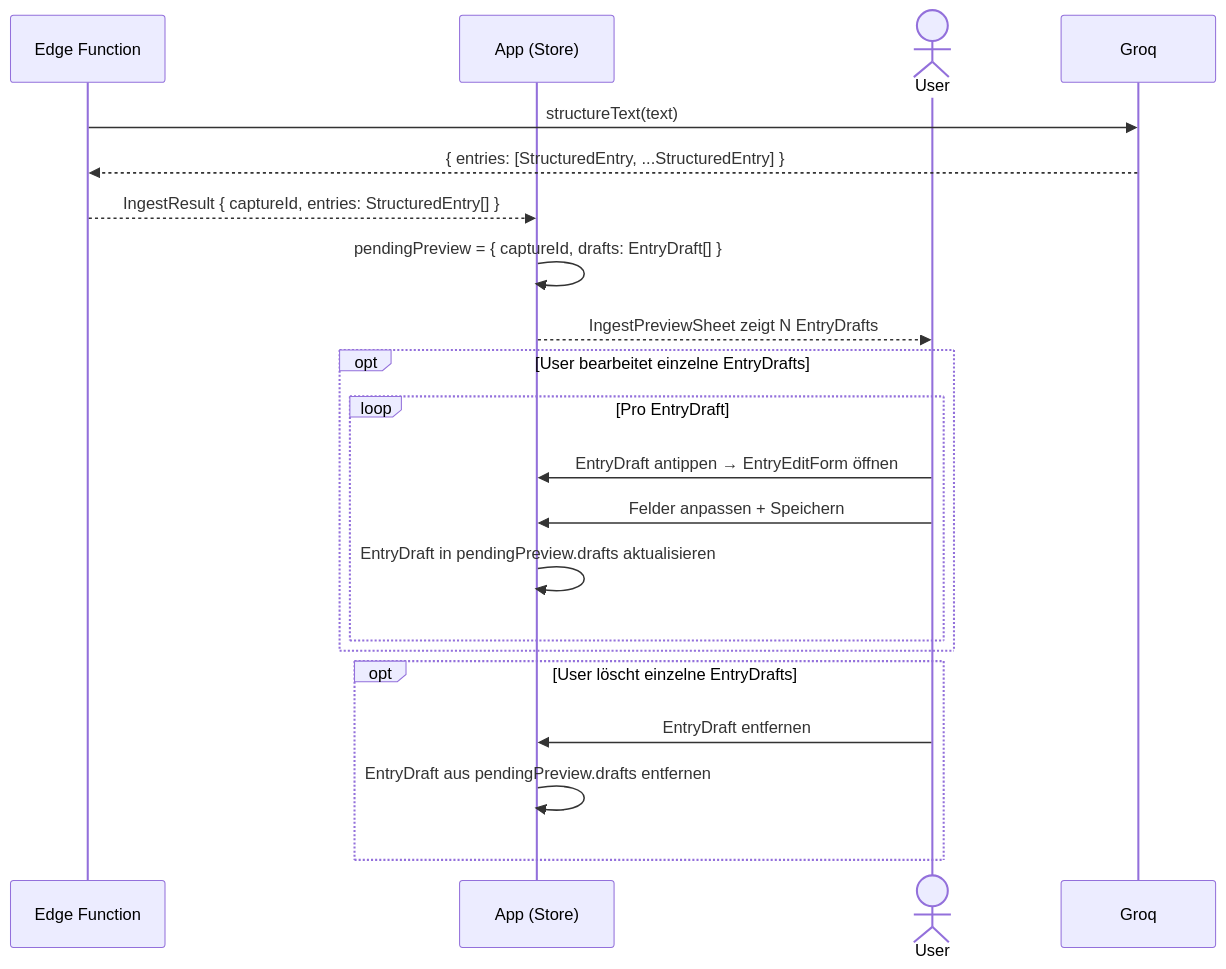
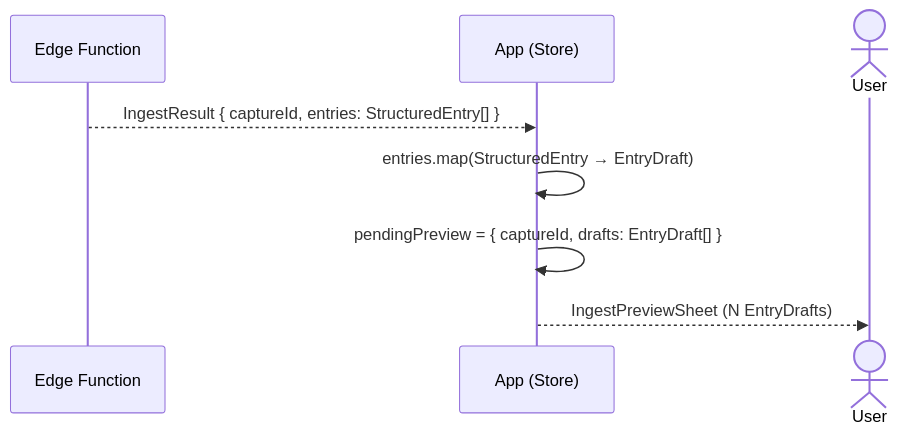
One commit to mrLevvis/braindump-pwa changed the diagram in docs/DIAGRAMS/dump-flow-b.md. Above: the diagram before and after it, drawn with Mermaid. The commit also changed other lines of this file and 1 other file, not shown here.

First line of the commit message:
docs(diagrams): A+B auf Overview-Scope eingegrenzt

````diff
--- a/docs/DIAGRAMS/dump-flow-b.md
+++ b/docs/DIAGRAMS/dump-flow-b.md
@@ -14,25 +10,11 @@
 ```mermaid
 sequenceDiagram
     participant EdgeFn as Edge Function
     participant App as App (Store)
     actor User
 
-    EdgeFn->>Groq: structureText(text)
-    Groq-->>EdgeFn: { entries: [StructuredEntry, ...StructuredEntry] }
     EdgeFn-->>App: IngestResult { captureId, entries: StructuredEntry[] }
+    App->>App: entries.map(StructuredEntry → EntryDraft)
     App->>App: pendingPreview = { captureId, drafts: EntryDraft[] }
-    App-->>User: IngestPreviewSheet zeigt N EntryDrafts
-
-    opt User bearbeitet einzelne EntryDrafts
-        loop Pro EntryDraft
-            User->>App: EntryDraft antippen → EntryEditForm öffnen
-            User->>App: Felder anpassen + Speichern
-            App->>App: EntryDraft in pendingPreview.drafts aktualisieren
-        end
-    end
-
-    opt User löscht einzelne EntryDrafts
-        User->>App: EntryDraft entfernen
-        App->>App: EntryDraft aus pendingPreview.drafts entfernen
-    end
+    App-->>User: IngestPreviewSheet (N EntryDrafts)
 ```
````
